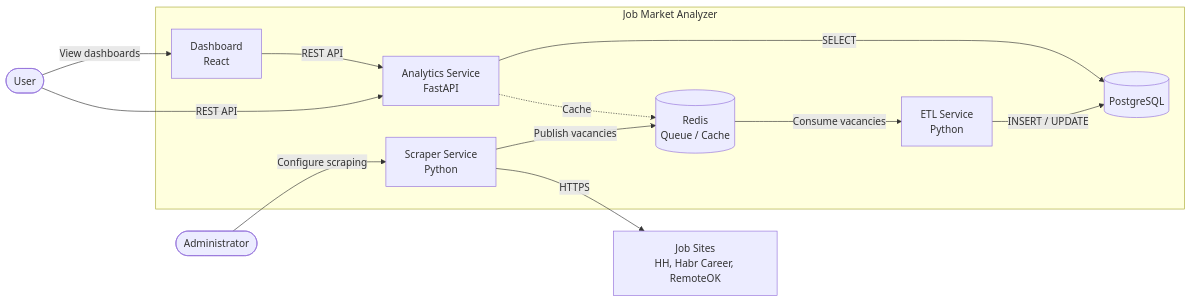
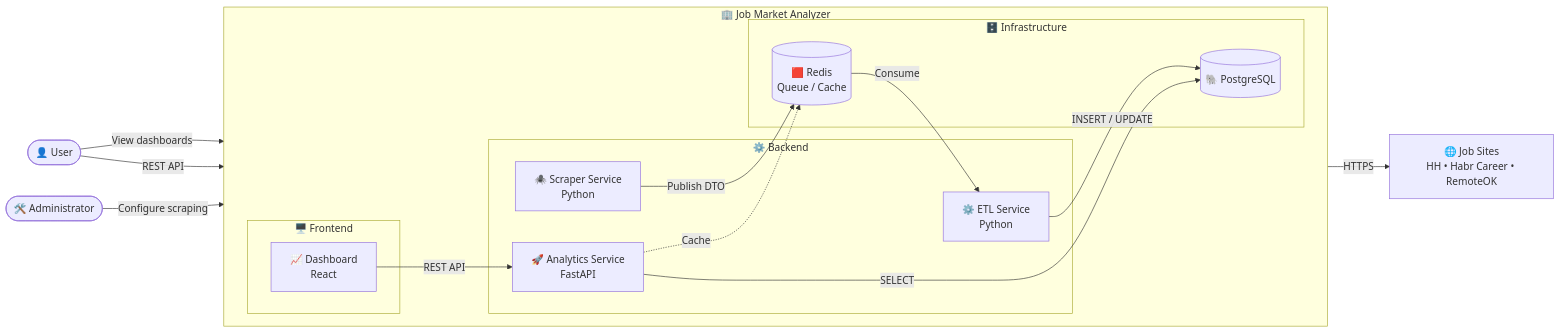
The diagram in docs/diagrams/c2-containers.mmd (ma1sky/job_market_analyzer), drawn with Mermaid before and after one commit. The commit also changed 9 other files, not shown here.

Commit message:
diagram changes

```diff
--- a/docs/diagrams/c2-containers.mmd
+++ b/docs/diagrams/c2-containers.mmd
@@ -1,42 +1,86 @@
 flowchart LR
 
-    %% External
-    user([User])
-    admin([Administrator])
+%% ============================================================
+%% External Actors
+%% ============================================================
 
-    sites["Job Sites<br/>HH, Habr Career, RemoteOK"]
+user(["👤 User"])
+admin(["🛠️ Administrator"])
 
-    %% System Boundary
-    subgraph system["Job Market Analyzer"]
+sites["🌐 Job Sites<br/>HH • Habr Career • RemoteOK"]
 
-        dashboard["Dashboard<br/>React"]
+%% ============================================================
+%% Job Market Analyzer
+%% ============================================================
 
-        analytics["Analytics Service<br/>FastAPI"]
+subgraph system["🏢 Job Market Analyzer"]
 
-        scraper["Scraper Service<br/>Python"]
+    direction LR
 
-        etl["ETL Service<br/>Python"]
-
-        redis[("Redis<br/>Queue / Cache")]
-
-        postgres[("PostgreSQL")]
+    %% ---------- Frontend ----------
+    subgraph frontend["🖥️ Frontend"]
+        dashboard["📈 Dashboard<br/>React"]
     end
 
-    %% User interactions
-    user -->|"View dashboards"| dashboard
-    user -->|"REST API"| analytics
-    admin -->|"Configure scraping"| scraper
+    %% ---------- Backend ----------
+    subgraph backend["⚙️ Backend"]
 
-    %% Internal
-    dashboard -->|"REST API"| analytics
+        analytics["🚀 Analytics Service<br/>FastAPI"]
 
-    scraper -->|"HTTPS"| sites
-    scraper -->|"Publish vacancies"| redis
+        scraper["🕷️ Scraper Service<br/>Python"]
 
-    redis -->|"Consume vacancies"| etl
+        etl["⚙️ ETL Service<br/>Python"]
 
-    etl -->|"INSERT / UPDATE"| postgres
+    end
 
-    analytics -->|"SELECT"| postgres
+    %% ---------- Infrastructure ----------
+    subgraph infrastructure["🗄️ Infrastructure"]
 
-    analytics -.->|"Cache"| redis
+        redis[("🟥 Redis<br/>Queue / Cache")]
+
+        postgres[("🐘 PostgreSQL")]
+
+    end
+
+end
+
+%% ============================================================
+%% User interactions
+%% ============================================================
+
+user -->|"View dashboards"| dashboard
+user -->|"REST API"| analytics
+
+admin -->|"Configure scraping"| scraper
+
+%% ============================================================
+%% Internal communication
+%% ============================================================
+
+dashboard -->|"REST API"| analytics
+
+scraper -->|"HTTPS"| sites
+scraper -->|"Publish DTO"| redis
+
+redis -->|"Consume"| etl
+
+etl -->|"INSERT / UPDATE"| postgres
+
+analytics -->|"SELECT"| postgres
+analytics -.->|"Cache"| redis
+
+%% ============================================================
+%% Styles
+%% ============================================================
+
+class user,admin actor
+
+class dashboard dashboard
+
+class scraper,etl,analytics service
+
+class postgres database
+
+class redis cache
+
+class sites external
```
